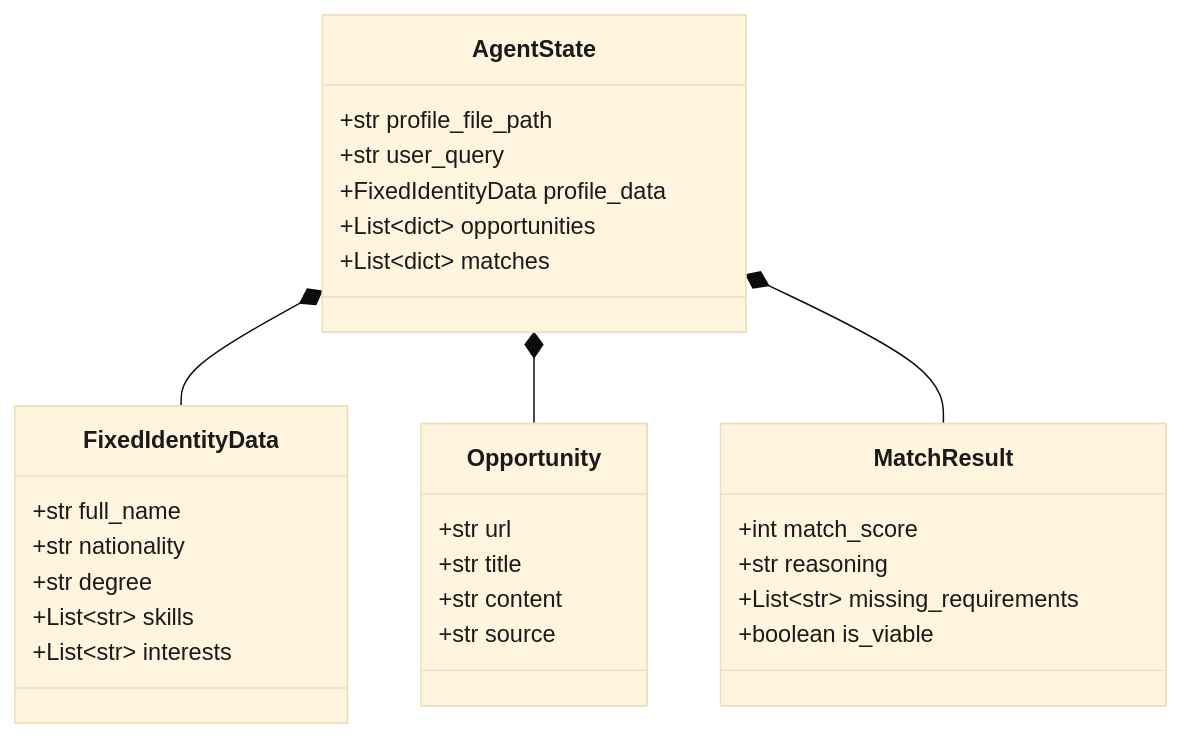
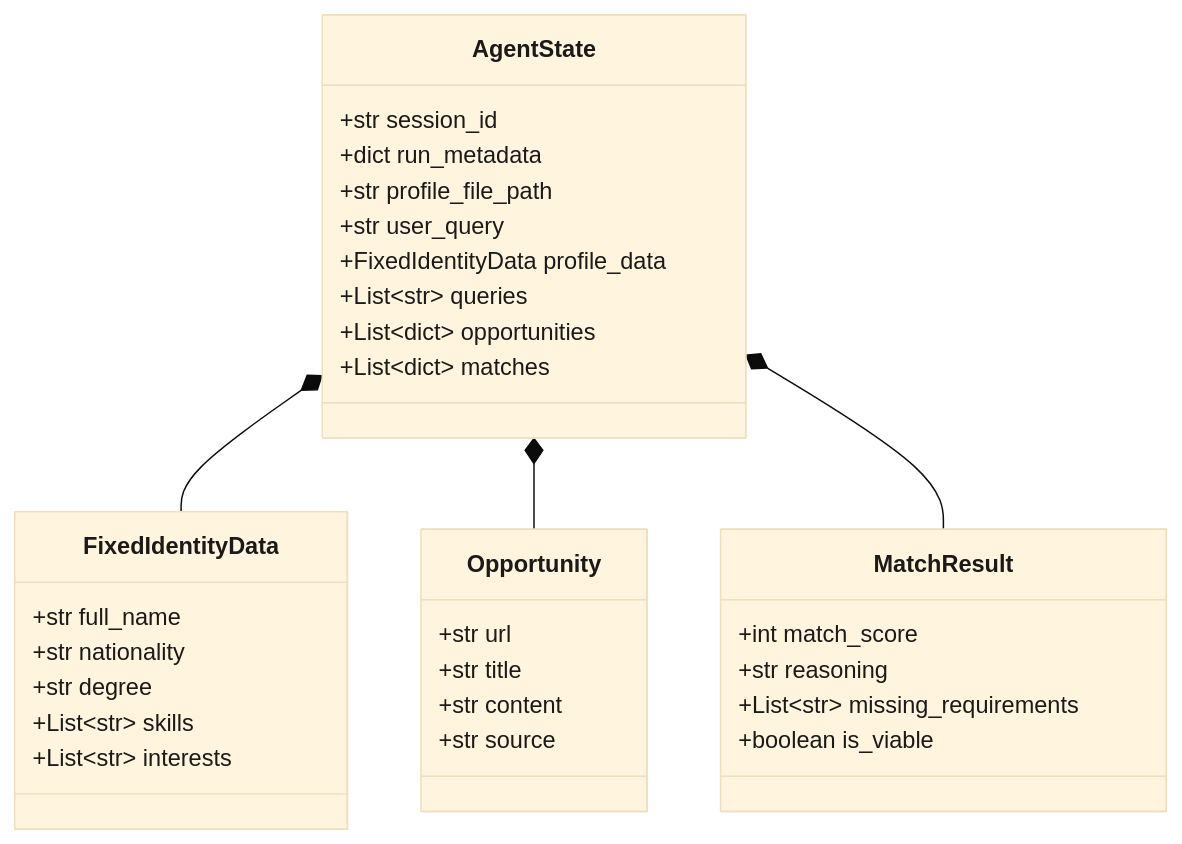
One commit to Arbues/GrantHunter-AI changed the fourth of 5 diagrams in ARCHITECTURE.md. Above: the diagram before and after it, drawn with Mermaid. The commit also changed other lines of this file and 16 other files, not shown here.

````diff
--- a/ARCHITECTURE.md
+++ b/ARCHITECTURE.md
@@ -151,37 +170,40 @@
 ```mermaid
 %%{init: {'theme':'base', 'themeVariables': {'primaryTextColor':'#1a1a1a','secondaryTextColor':'#1a1a1a','tertiaryTextColor':'#1a1a1a','classText':'#1a1a1a'}}}%%
 classDiagram
     class AgentState {
+        +str session_id
+        +dict run_metadata
         +str profile_file_path
         +str user_query
         +FixedIdentityData profile_data
+        +List~str~ queries
         +List~dict~ opportunities
         +List~dict~ matches
     }
 
     class FixedIdentityData {
         +str full_name
         +str nationality
         +str degree
         +List~str~ skills
         +List~str~ interests
     }
 
     class Opportunity {
         +str url
         +str title
         +str content
         +str source
     }
 
     class MatchResult {
         +int match_score
         +str reasoning
         +List~str~ missing_requirements
         +boolean is_viable
     }
 
     AgentState *-- FixedIdentityData
     AgentState *-- Opportunity
     AgentState *-- MatchResult
 ```
````
